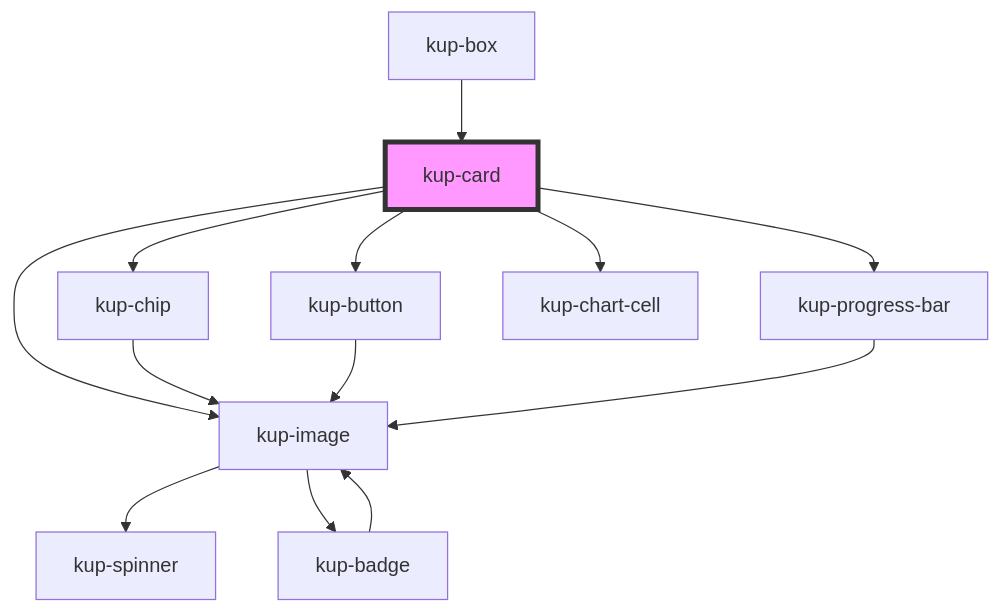
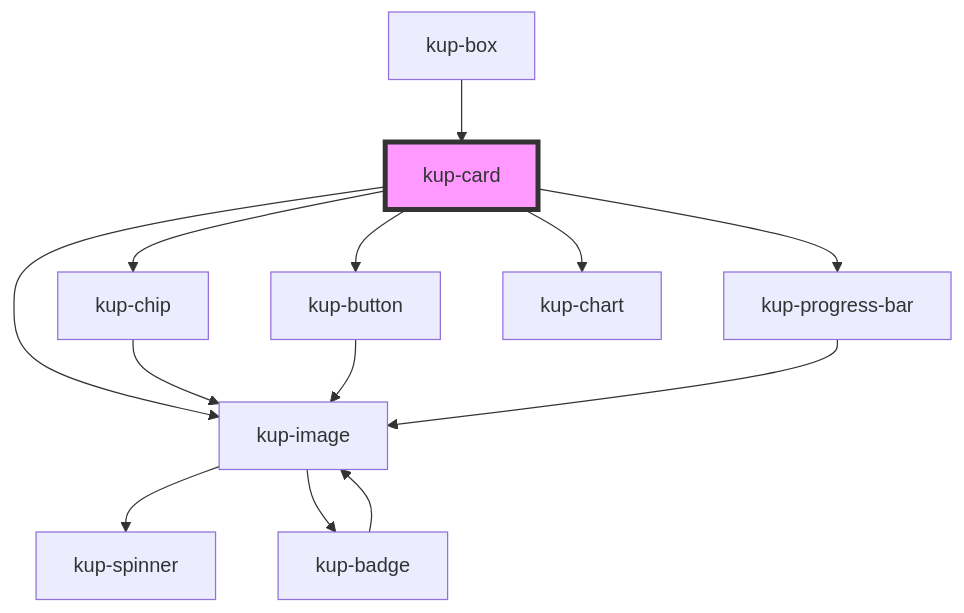
One commit to smeup/ketchup changed the diagram in packages/ketchup/src/components/kup-card/readme.md. Above: the diagram before and after it, drawn with Mermaid. The commit also changed other lines of this file and 7 other files, not shown here.

Commit message:
Card layout 9 and 10 now use offline charts.

````diff
--- a/packages/ketchup/src/components/kup-card/readme.md
+++ b/packages/ketchup/src/components/kup-card/readme.md
@@ -45,16 +45,16 @@
 ```mermaid
 graph TD;
   kup-card --> kup-image
   kup-card --> kup-chip
   kup-card --> kup-button
   kup-card --> kup-progress-bar
-  kup-card --> kup-chart-cell
+  kup-card --> kup-chart
   kup-image --> kup-spinner
   kup-image --> kup-badge
   kup-badge --> kup-image
   kup-chip --> kup-image
   kup-button --> kup-image
   kup-progress-bar --> kup-image
   kup-box --> kup-card
   style kup-card fill:#f9f,stroke:#333,stroke-width:4px
 ```
````
